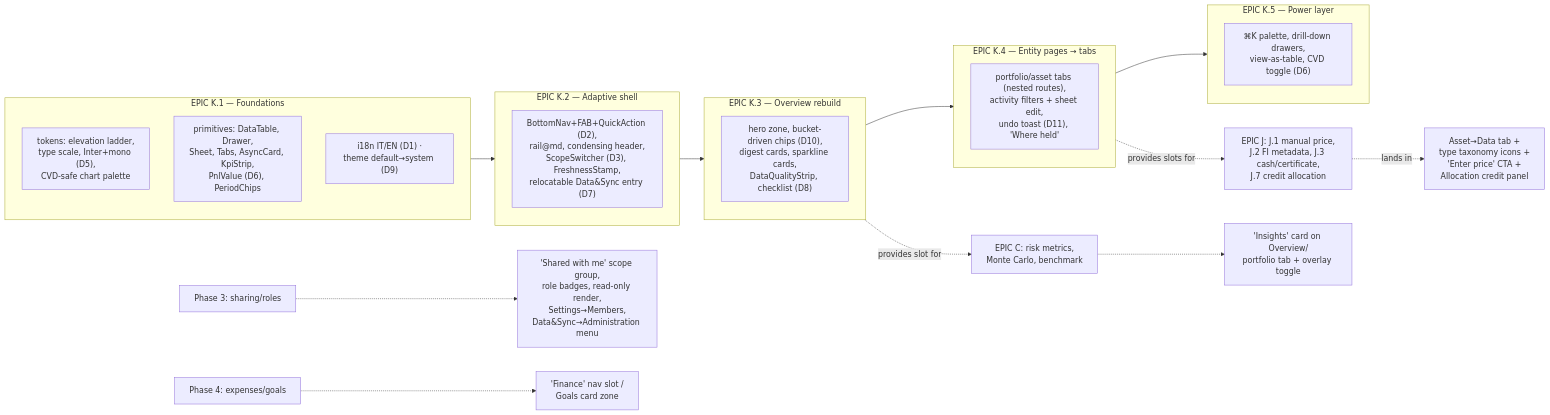
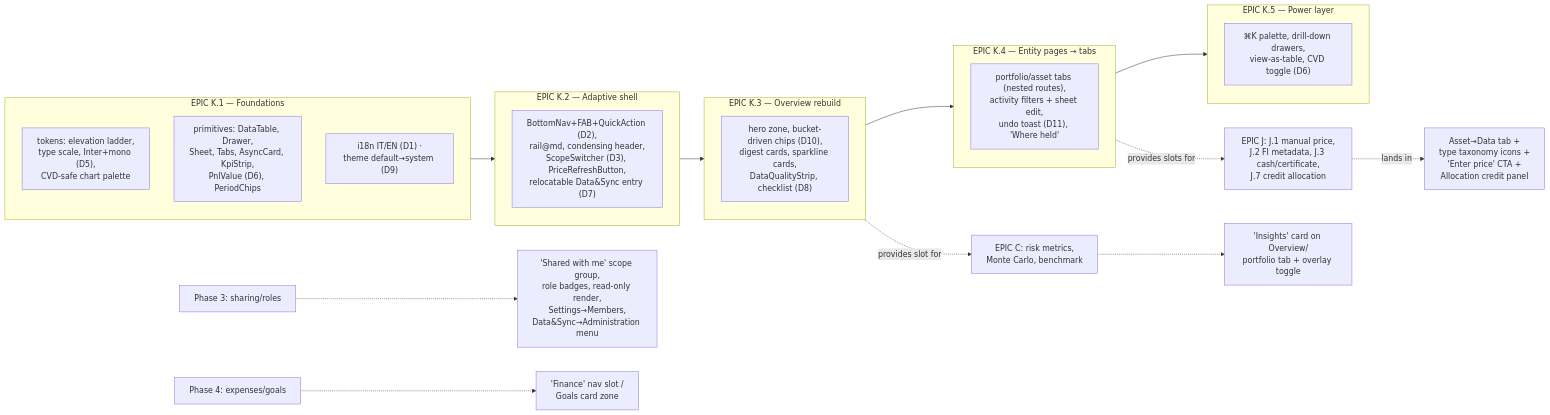
The eighth of 8 diagrams in docs/UX-REDESIGN.en.md (alv67/vault-lab), drawn with Mermaid before and after one commit. The commit also changed other lines of this file and 18 other files, not shown here.

First line of the commit message:
feat(ui): always-visible price-refresh status in the header

````diff
--- a/docs/UX-REDESIGN.en.md
+++ b/docs/UX-REDESIGN.en.md
@@ -668,27 +669,27 @@
 ```mermaid
 flowchart LR
     subgraph K1["EPIC K.1 — Foundations"]
         f1["tokens: elevation ladder,<br/>type scale, Inter+mono (D5),<br/>CVD-safe chart palette"]
         f2["primitives: DataTable, Drawer,<br/>Sheet, Tabs, AsyncCard, KpiStrip,<br/>PnlValue (D6), PeriodChips"]
         f0["i18n IT/EN (D1) ·<br/>theme default→system (D9)"]
     end
     subgraph K2["EPIC K.2 — Adaptive shell"]
-        f3["BottomNav+FAB+QuickAction (D2),<br/>rail@md, condensing header,<br/>ScopeSwitcher (D3), FreshnessStamp,<br/>relocatable Data&Sync entry (D7)"]
+        f3["BottomNav+FAB+QuickAction (D2),<br/>rail@md, condensing header,<br/>ScopeSwitcher (D3), PriceRefreshButton,<br/>relocatable Data&Sync entry (D7)"]
     end
     subgraph K3["EPIC K.3 — Overview rebuild"]
         f4["hero zone, bucket-driven chips (D10),<br/>digest cards, sparkline cards,<br/>DataQualityStrip, checklist (D8)"]
     end
     subgraph K4["EPIC K.4 — Entity pages → tabs"]
         f5["portfolio/asset tabs (nested routes),<br/>activity filters + sheet edit,<br/>undo toast (D11), 'Where held'"]
     end
     subgraph K5["EPIC K.5 — Power layer"]
         f6["⌘K palette, drill-down drawers,<br/>view-as-table, CVD toggle (D6)"]
     end
     K1 --> K2 --> K3 --> K4 --> K5
     J["EPIC J: J.1 manual price,<br/>J.2 FI metadata, J.3 cash/certificate,<br/>J.7 credit allocation"] -.lands in.-> f5a["Asset→Data tab +<br/>type taxonomy icons +<br/>'Enter price' CTA +<br/>Allocation credit panel"]
     K4 -.provides slots for.-> J
     C["EPIC C: risk metrics,<br/>Monte Carlo, benchmark"] -.-> ins["'Insights' card on Overview/<br/>portfolio tab + overlay toggle"]
     K3 -.provides slot for.-> C
     P3["Phase 3: sharing/roles"] -.-> sw["'Shared with me' scope group,<br/>role badges, read-only render,<br/>Settings→Members,<br/>Data&Sync→Administration menu"]
     P4["Phase 4: expenses/goals"] -.-> nav["'Finance' nav slot /<br/>Goals card zone"]
 ```
````
